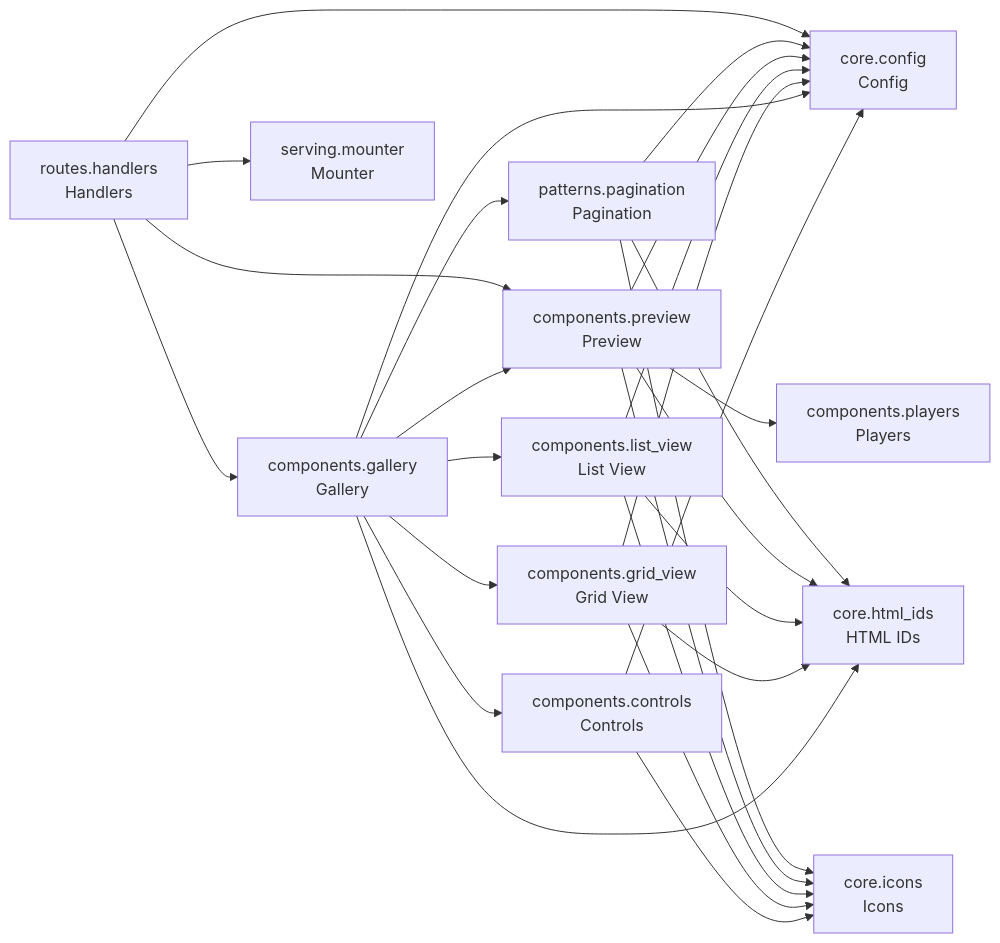
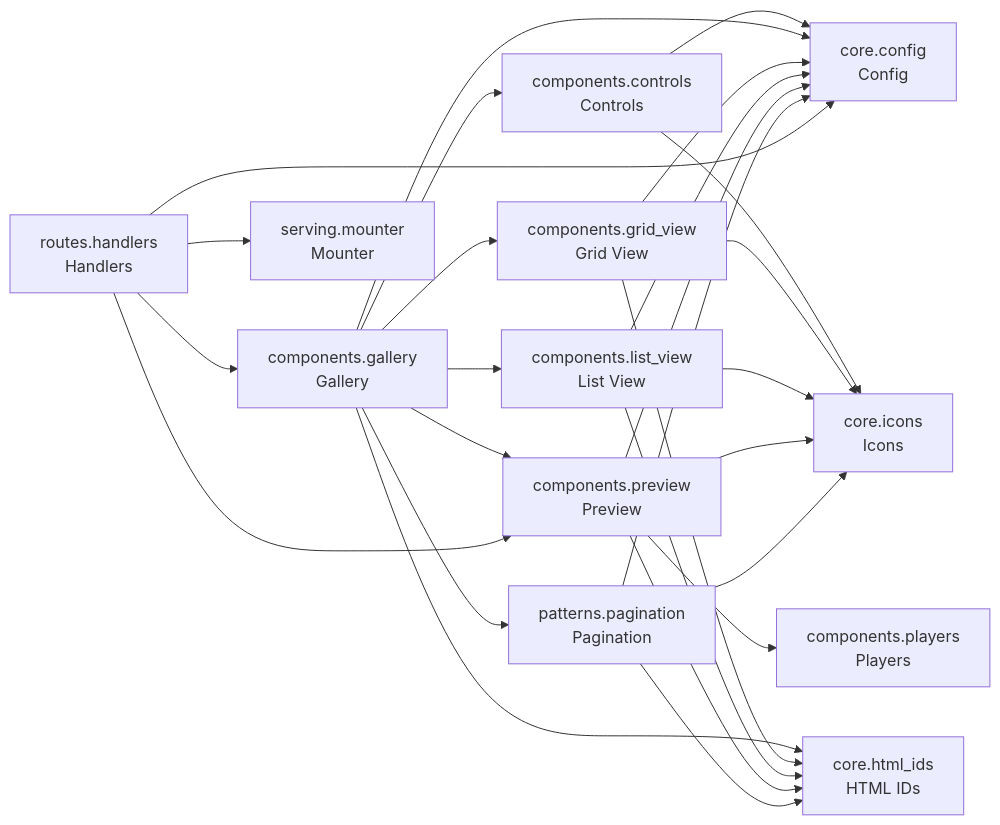
One commit to cj-mills/cjm-fasthtml-media-gallery changed the diagram in README.md. Above: the diagram before and after it, drawn with Mermaid. The commit also changed other lines of this file and 9 other files, not shown here.

````diff
--- a/README.md
+++ b/README.md
@@ -37,42 +37,42 @@
 ``` mermaid
 graph LR
     components_controls[components.controls<br/>Controls]
     components_gallery[components.gallery<br/>Gallery]
     components_grid_view[components.grid_view<br/>Grid View]
     components_list_view[components.list_view<br/>List View]
     components_players[components.players<br/>Players]
     components_preview[components.preview<br/>Preview]
     core_config[core.config<br/>Config]
     core_html_ids[core.html_ids<br/>HTML IDs]
     core_icons[core.icons<br/>Icons]
     patterns_pagination[patterns.pagination<br/>Pagination]
     routes_handlers[routes.handlers<br/>Handlers]
     serving_mounter[serving.mounter<br/>Mounter]
 
+    components_controls --> core_icons
     components_controls --> core_config
-    components_controls --> core_icons
+    components_gallery --> components_preview
+    components_gallery --> core_config
     components_gallery --> patterns_pagination
-    components_gallery --> core_config
     components_gallery --> components_list_view
+    components_gallery --> components_grid_view
+    components_gallery --> components_controls
     components_gallery --> core_html_ids
-    components_gallery --> components_controls
-    components_gallery --> components_grid_view
-    components_gallery --> components_preview
     components_grid_view --> core_config
+    components_grid_view --> core_icons
     components_grid_view --> core_html_ids
-    components_grid_view --> core_icons
     components_list_view --> core_config
+    components_list_view --> core_icons
     components_list_view --> core_html_ids
-    components_list_view --> core_icons
+    components_preview --> core_config
+    components_preview --> core_icons
     components_preview --> components_players
     components_preview --> core_html_ids
-    components_preview --> core_config
-    components_preview --> core_icons
+    patterns_pagination --> core_icons
+    patterns_pagination --> core_html_ids
     patterns_pagination --> core_config
-    patterns_pagination --> core_html_ids
-    patterns_pagination --> core_icons
     routes_handlers --> core_config
+    routes_handlers --> components_gallery
+    routes_handlers --> components_preview
     routes_handlers --> serving_mounter
-    routes_handlers --> components_preview
-    routes_handlers --> components_gallery
 ```
````
